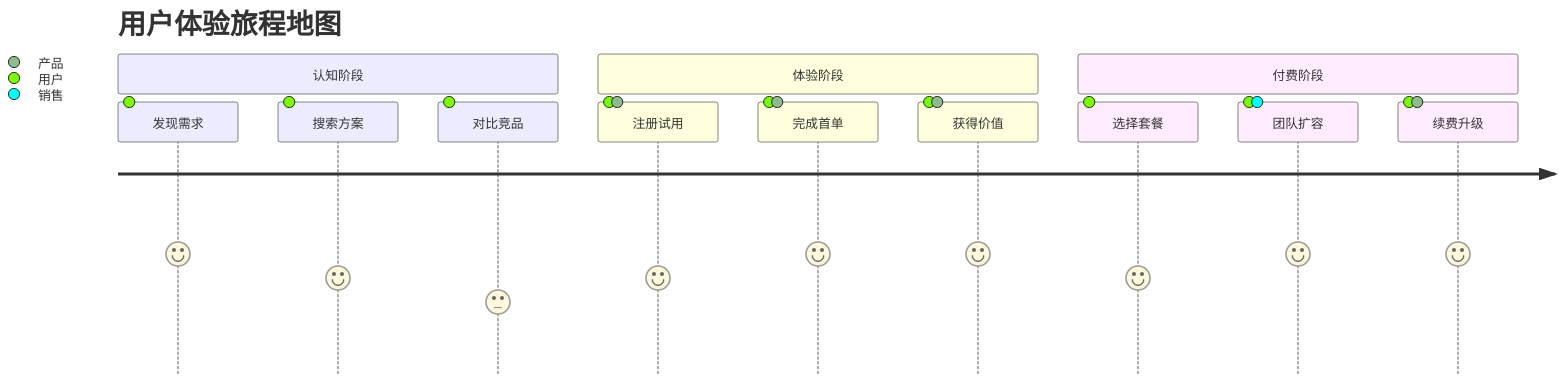
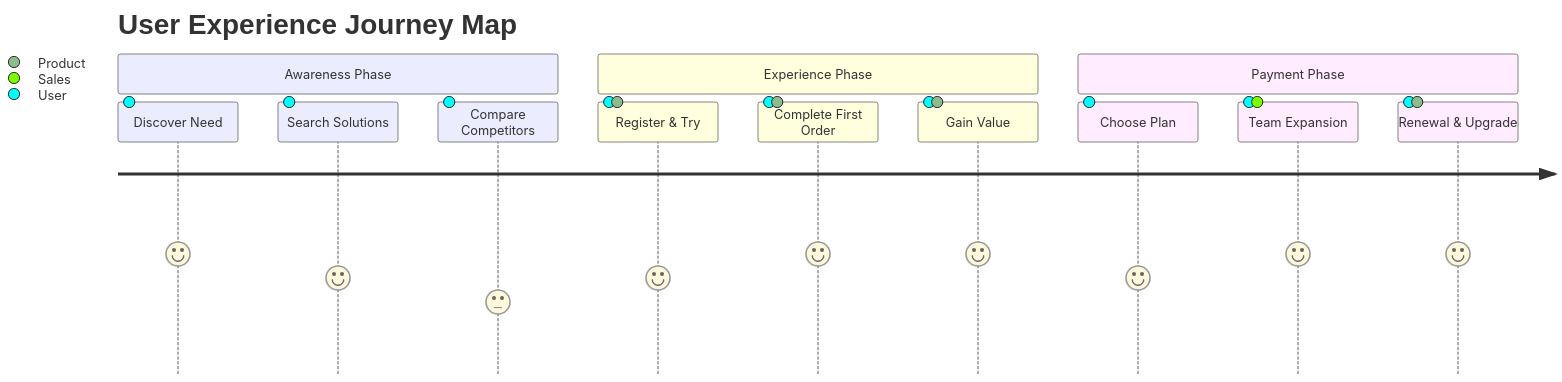
One commit to Kirky-X/cangjie changed the third of 10 diagrams in templates/【模板】商业计划书.md. Above: the diagram before and after it, drawn with Mermaid. The commit also changed other lines of this file and 60 other files, not shown here.

````diff
--- a/templates/【模板】商业计划书.md
+++ b/templates/【模板】商业计划书.md
@@ -140,16 +140,16 @@
 ```mermaid
 journey
-    title 用户体验旅程地图
-    section 认知阶段
-      发现需求: 5: 用户
-      搜索方案: 4: 用户
-      对比竞品: 3: 用户
-    section 体验阶段
-      注册试用: 4: 用户, 产品
-      完成首单: 5: 用户, 产品
-      获得价值: 5: 用户, 产品
-    section 付费阶段
-      选择套餐: 4: 用户
-      团队扩容: 5: 用户, 销售
-      续费升级: 5: 用户, 产品
+    title User Experience Journey Map
+    section Awareness Phase
+      Discover Need: 5: User
+      Search Solutions: 4: User
+      Compare Competitors: 3: User
+    section Experience Phase
+      Register & Try: 4: User, Product
+      Complete First Order: 5: User, Product
+      Gain Value: 5: User, Product
+    section Payment Phase
+      Choose Plan: 4: User
+      Team Expansion: 5: User, Sales
+      Renewal & Upgrade: 5: User, Product
 ```
````
